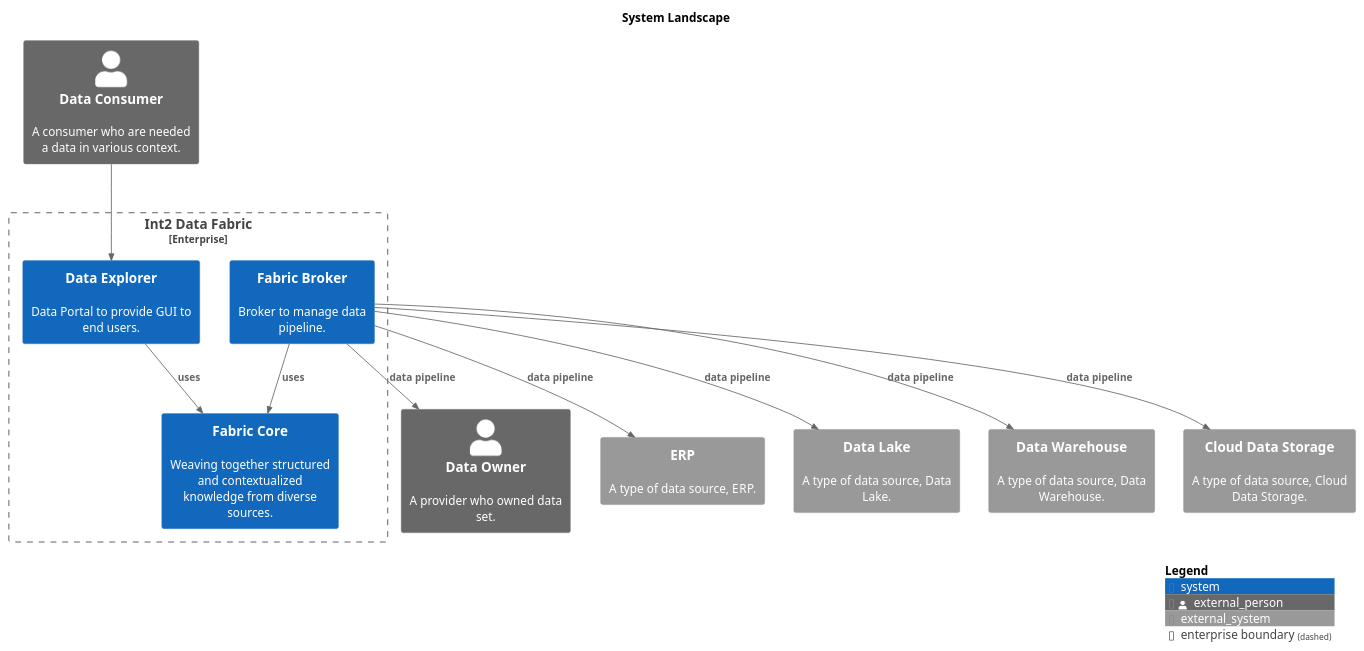
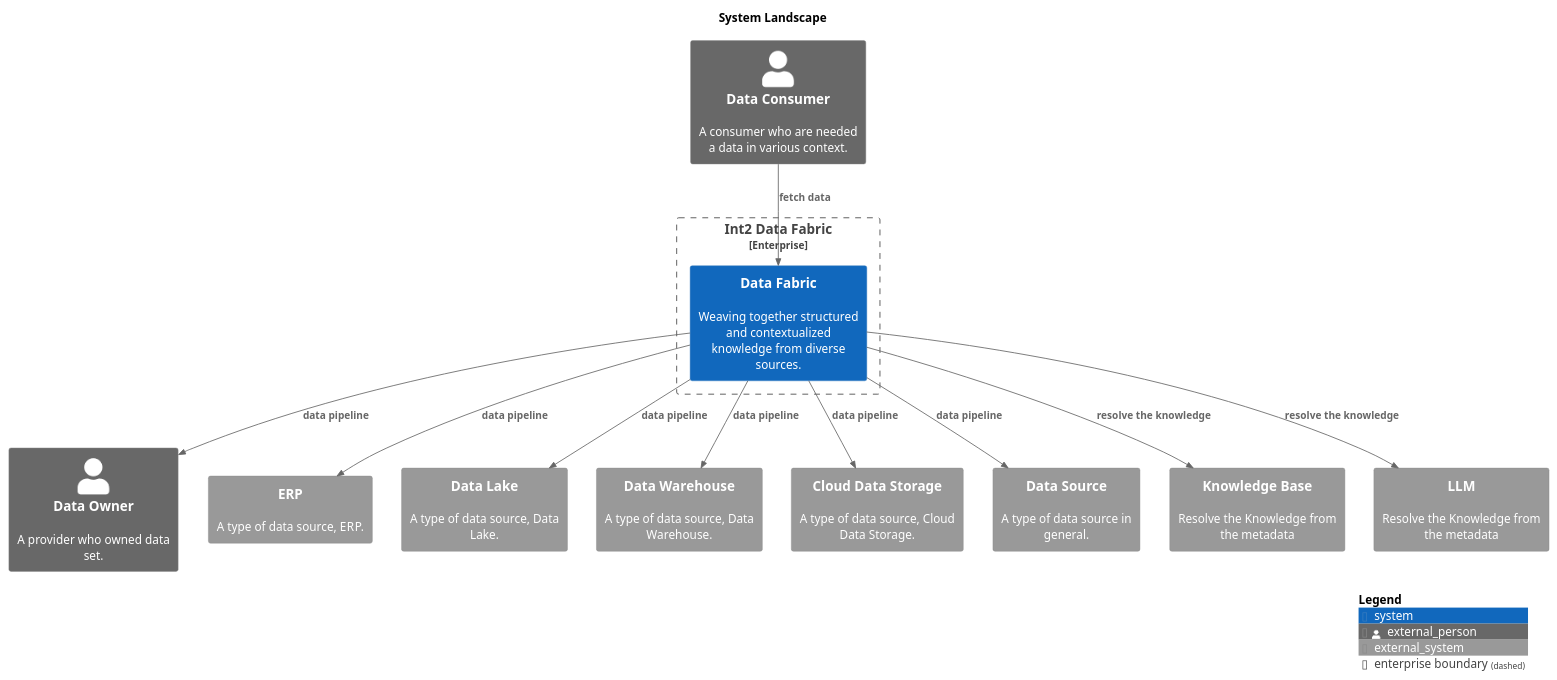
Before and after one commit to IntellectusCorp/data-fabric-docs: the diagram in puml/SystemLandscape-SystemLandscape.puml, drawn with PlantUML. The commit also changed 92 other files, not shown here.

Commit message:
Deploying to gh-pages from @ IntellectusCorp/data-fabric-docs@2e48156498355eb80717b91fdec2f6a4c9dd9cd4 🚀

```diff
--- a/puml/SystemLandscape-SystemLandscape.puml
+++ b/puml/SystemLandscape-SystemLandscape.puml
@@ -1,35 +1,37 @@
 @startuml
 set separator none
 title System Landscape
 
 top to bottom direction
 
 !include <C4/C4>
 !include <C4/C4_Context>
 
 skinparam svgDimensionStyle false
 skinparam preserveAspectRatio meet
 Enterprise_Boundary(enterprise, "Int2 Data Fabric") {
-  System(DataExplorer, "Data Explorer", "Data Portal to provide GUI to end users.", $tags="")[[data-explorer/context/]]
-  System(FabricBroker, "Fabric Broker", "Broker to manage data pipeline.", $tags="")[[fabric-broker/context/]]
-  System(FabricCore, "Fabric Core", "Weaving together structured and contextualized knowledge from diverse sources.", $tags="")[[fabric-core/context/]]
+  System(DataFabric, "Data Fabric", "Weaving together structured and contextualized knowledge from diverse sources.", $tags="")[[data-fabric/context/]]
 }
 
 Person_Ext(DataConsumer, "Data Consumer", "A consumer who are needed a data in various context.", $tags="")
 Person_Ext(DataOwner, "Data Owner", "A provider who owned data set.", $tags="")
 System_Ext(ERP, "ERP", "A type of data source, ERP.", $tags="")
 System_Ext(DataLake, "Data Lake", "A type of data source, Data Lake.", $tags="")
 System_Ext(DataWarehouse, "Data Warehouse", "A type of data source, Data Warehouse.", $tags="")
 System_Ext(CloudDataStorage, "Cloud Data Storage", "A type of data source, Cloud Data Storage.", $tags="")
+System_Ext(DataSource, "Data Source", "A type of data source in general.", $tags="")
+System_Ext(KnowledgeBase, "Knowledge Base", "Resolve the Knowledge from the metadata", $tags="")
+System_Ext(LLM, "LLM", "Resolve the Knowledge from the metadata", $tags="")
 
-Rel_D(DataConsumer, DataExplorer, "", $tags="")
-Rel_D(FabricBroker, DataOwner, "data pipeline", $tags="")
-Rel_D(FabricBroker, ERP, "data pipeline", $tags="")
-Rel_D(FabricBroker, DataLake, "data pipeline", $tags="")
-Rel_D(FabricBroker, DataWarehouse, "data pipeline", $tags="")
-Rel_D(FabricBroker, CloudDataStorage, "data pipeline", $tags="")
-Rel_D(DataExplorer, FabricCore, "uses", $tags="")
-Rel_D(FabricBroker, FabricCore, "uses", $tags="")
+Rel_D(DataConsumer, DataFabric, "fetch data", $tags="")
+Rel_D(DataFabric, KnowledgeBase, "resolve the knowledge", $tags="")
+Rel_D(DataFabric, LLM, "resolve the knowledge", $tags="")
+Rel_D(DataFabric, DataOwner, "data pipeline", $tags="")
+Rel_D(DataFabric, ERP, "data pipeline", $tags="")
+Rel_D(DataFabric, DataLake, "data pipeline", $tags="")
+Rel_D(DataFabric, DataWarehouse, "data pipeline", $tags="")
+Rel_D(DataFabric, CloudDataStorage, "data pipeline", $tags="")
+Rel_D(DataFabric, DataSource, "data pipeline", $tags="")
 
 SHOW_LEGEND(true)
 @enduml
```
